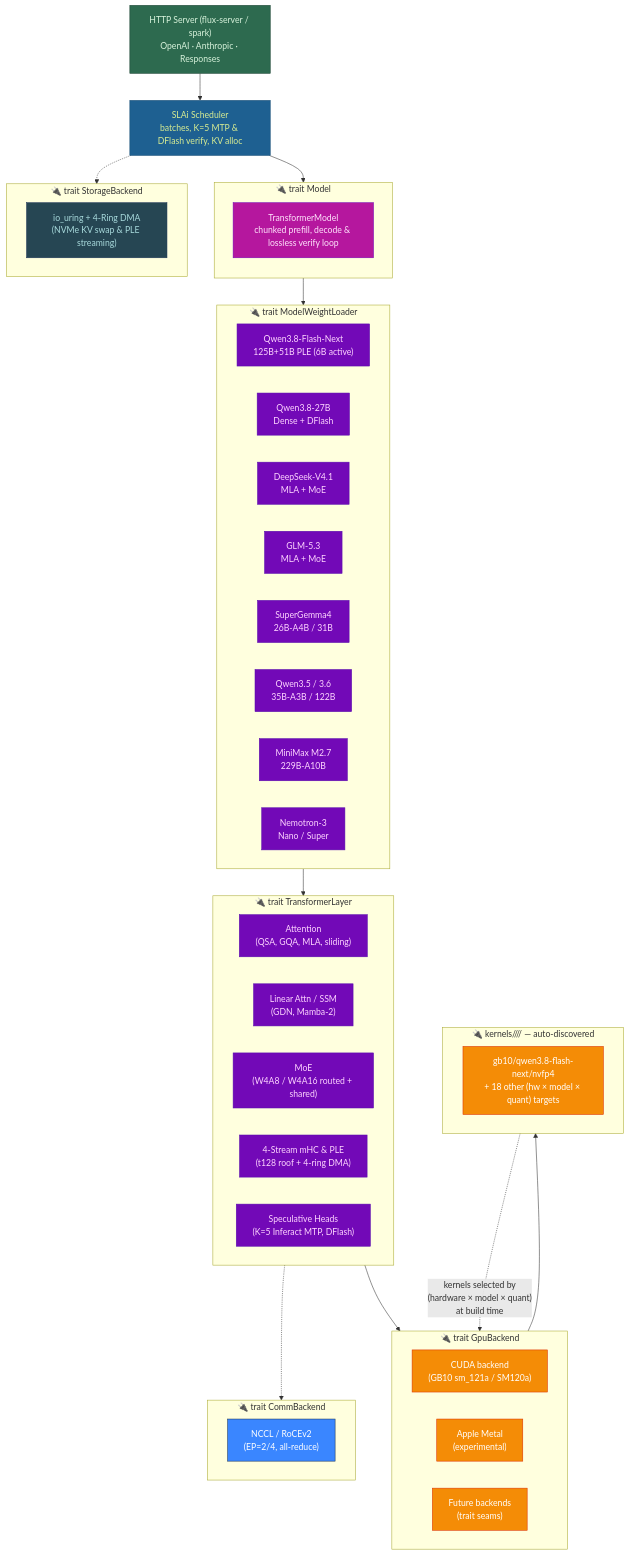
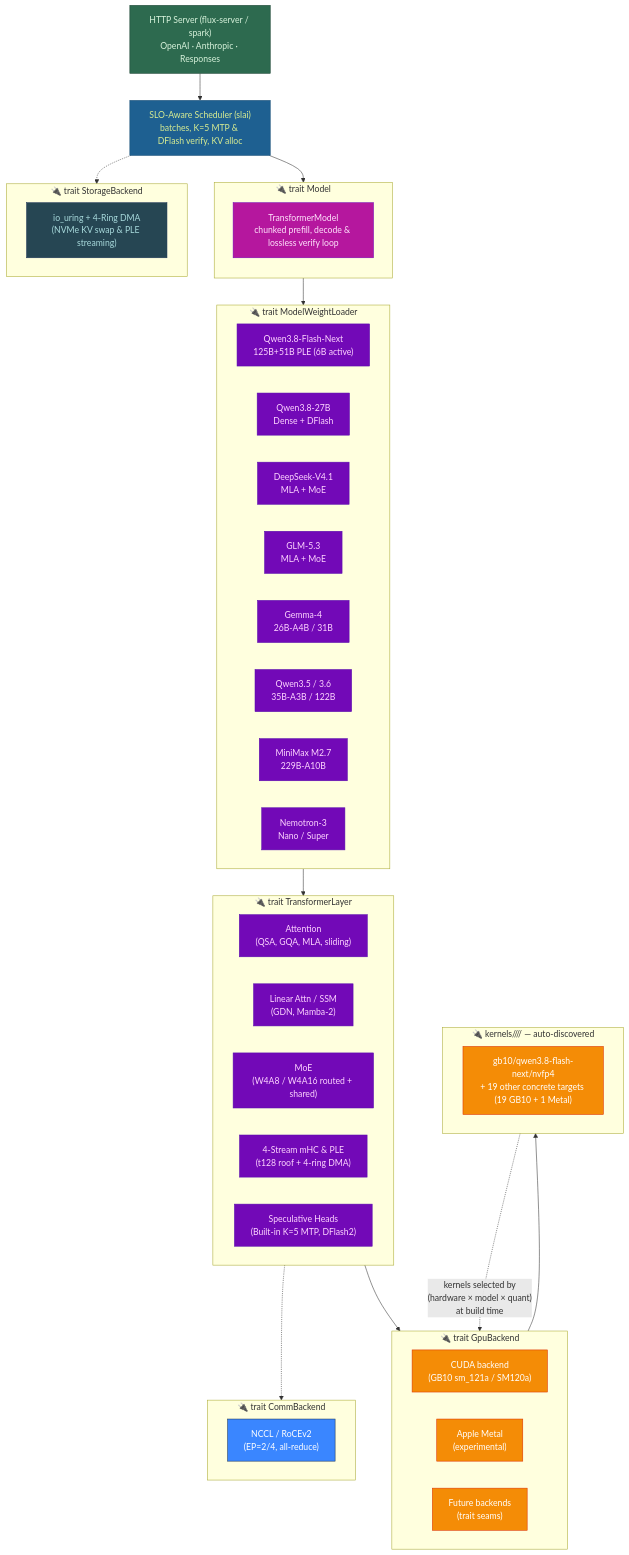
The diagram in README.md (TheApathy/flux-engine), drawn with Mermaid before and after one commit. The commit also changed other lines of this file and 45 other files, not shown here.

```diff
--- a/README.md
+++ b/README.md
@@ -383,7 +388,7 @@
     classDef trait stroke-dasharray: 6 4,stroke-width:2px
 
     HTTP["HTTP Server (flux-server / spark)<br/>OpenAI · Anthropic · Responses"]:::server
-    SCHED["SLAi Scheduler<br/>batches, K=5 MTP & DFlash verify, KV alloc"]:::scheduler
+    SCHED["SLO-Aware Scheduler (slai)<br/>batches, K=5 MTP & DFlash verify, KV alloc"]:::scheduler
 
     HTTP --> SCHED
 
@@ -401,7 +406,7 @@
       QW38["Qwen3.8-27B<br/>Dense + DFlash"]:::layer
       DSV4["DeepSeek-V4.1<br/>MLA + MoE"]:::layer
       GLM5["GLM-5.3<br/>MLA + MoE"]:::layer
-      SGEMMA["SuperGemma4<br/>26B-A4B / 31B"]:::layer
+      SGEMMA["Gemma-4<br/>26B-A4B / 31B"]:::layer
       QW36["Qwen3.5 / 3.6<br/>35B-A3B / 122B"]:::layer
       MINIMAX["MiniMax M2.7<br/>229B-A10B"]:::layer
       NEMO["Nemotron-3<br/>Nano / Super"]:::layer
@@ -416,7 +421,7 @@
       SSM["Linear Attn / SSM<br/>(GDN, Mamba-2)"]:::layer
       MOE["MoE<br/>(W4A8 / W4A16 routed + shared)"]:::layer
       MHC["4-Stream mHC & PLE<br/>(t128 roof + 4-ring DMA)"]:::layer
-      MTP["Speculative Heads<br/>(K=5 Inferact MTP, DFlash)"]:::layer
+      MTP["Speculative Heads<br/>(Built-in K=5 MTP, DFlash2)"]:::layer
     end
     class LAYERS trait
 
@@ -434,7 +439,7 @@
 
     subgraph KERNELS ["🔌 kernels/<hw>/<model>/<quant>/ — auto-discovered"]
       direction LR
-      K_GB10["gb10/qwen3.8-flash-next/nvfp4<br/>+ 18 other (hw × model × quant) targets"]:::kernel
+      K_GB10["gb10/qwen3.8-flash-next/nvfp4<br/>+ 19 other concrete targets (19 GB10 + 1 Metal)"]:::kernel
     end
     class KERNELS trait
 
```
